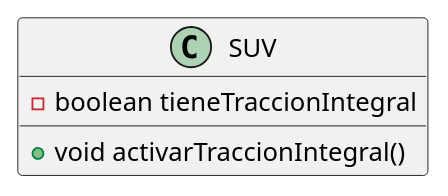
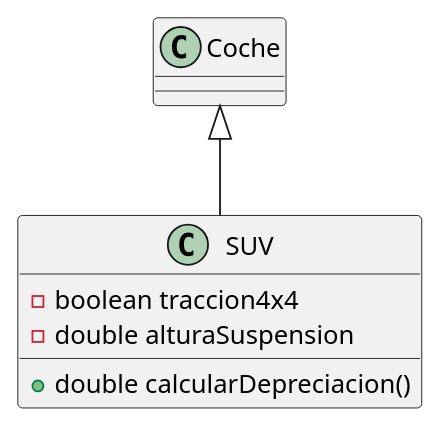
The diagram in uml/SUV.puml (MsC254/UT5_ED_Prog), drawn with PlantUML before and after one commit. The commit also changed 12 other files, not shown here.

Commit message:
Actualización de diagramas UML y archivos .puml

```diff
--- a/uml/SUV.puml
+++ b/uml/SUV.puml
@@ -1,7 +1,7 @@
 @startuml
-class SUV {
-  - boolean tieneTraccionIntegral
-
-  + void activarTraccionIntegral()
+class SUV extends Coche {
+    - boolean traccion4x4
+    - double alturaSuspension
+    + double calcularDepreciacion()
 }
 @enduml
```
